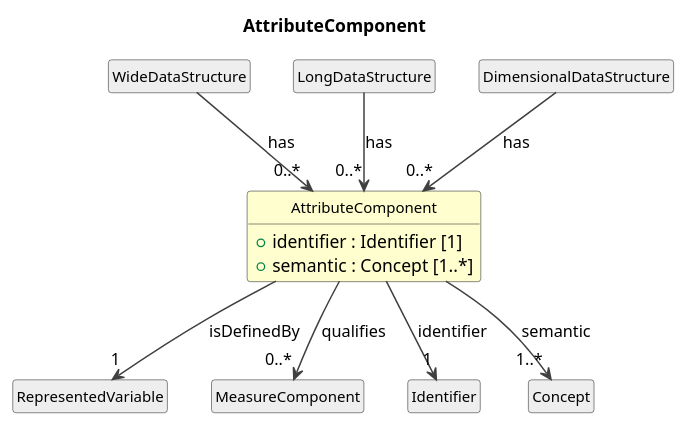
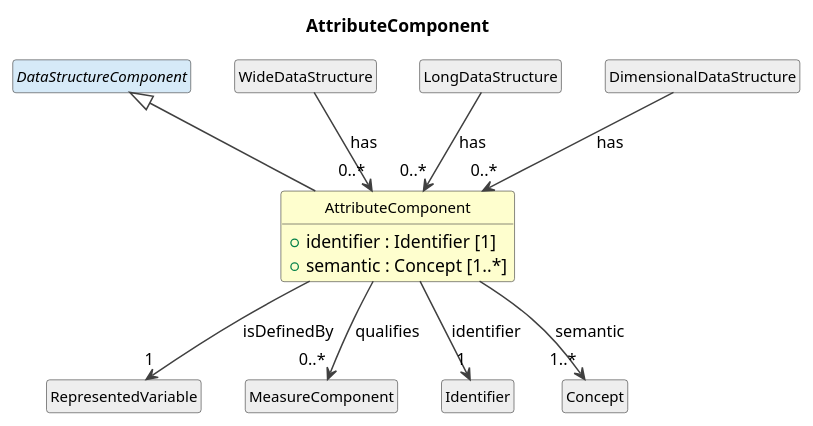
One commit to Cross-Domain-Interoperability-Framework/metadataBuildingBlocks changed the diagram in cdif-uml-model/_plantuml/cdifDataStructure/Classes/AttributeComponent.pu. Above: the diagram before and after it, drawn with PlantUML. The commit also changed 78 other files, not shown here.

First line of the commit message:
Regenerate model browser: DataStructure hierarchy + toggle/sticky/clip UI fixes

```diff
--- a/cdif-uml-model/_plantuml/cdifDataStructure/Classes/AttributeComponent.pu
+++ b/cdif-uml-model/_plantuml/cdifDataStructure/Classes/AttributeComponent.pu
@@ -1,32 +1,34 @@
 @startuml
 title AttributeComponent
 hide circle
 hide empty members
 skinparam shadowing false
 skinparam ArrowThickness 1.2
 skinparam class {
   ArrowColor #404040
   BorderColor #404040
   FontSize 12
 }
 
 class "AttributeComponent" as AttributeComponent #FEFECE {
   +identifier : Identifier [1]
   +semantic : Concept [1..*]
 }
+abstract class "DataStructureComponent" as DataStructureComponent #D6EAF8
+DataStructureComponent <|-- AttributeComponent
 class "WideDataStructure" as WideDataStructure #EEEEEE
 WideDataStructure --> "0..*" AttributeComponent : has
 class "LongDataStructure" as LongDataStructure #EEEEEE
 LongDataStructure --> "0..*" AttributeComponent : has
 class "DimensionalDataStructure" as DimensionalDataStructure #EEEEEE
 DimensionalDataStructure --> "0..*" AttributeComponent : has
 class "RepresentedVariable" as RepresentedVariable #EEEEEE
 AttributeComponent --> "1" RepresentedVariable : isDefinedBy
 class "MeasureComponent" as MeasureComponent #EEEEEE
 AttributeComponent --> "0..*" MeasureComponent : qualifies
 class "Identifier" as Identifier #EEEEEE
 AttributeComponent --> "1" Identifier : identifier
 class "Concept" as Concept #EEEEEE
 AttributeComponent --> "1..*" Concept : semantic
 
 @enduml
```
